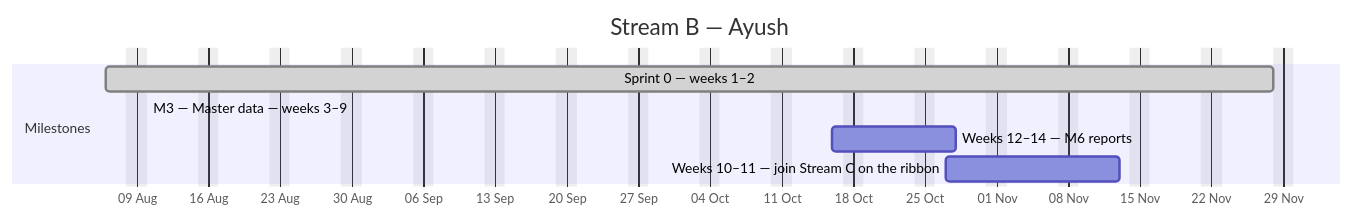
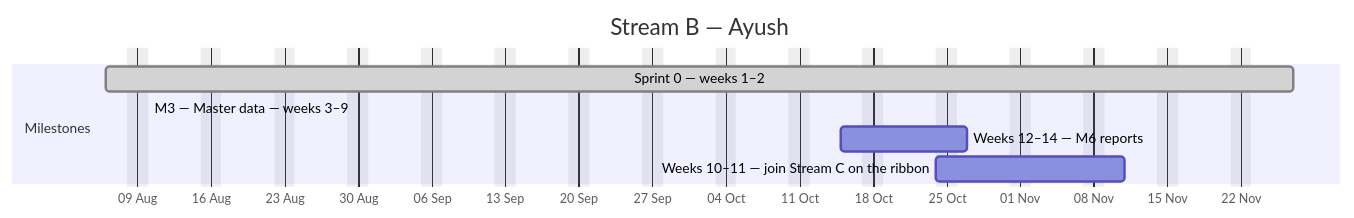
One commit to debashisedunext/EduTrack changed the second of 4 diagrams in docs/plan/GANTT.md. Above: the diagram before and after it, drawn with Mermaid. The commit also changed other lines of this file and 3 other files, not shown here.

````diff
--- a/docs/plan/GANTT.md
+++ b/docs/plan/GANTT.md
@@ -138,12 +138,12 @@
 ```mermaid
 gantt
     dateFormat YYYY-MM-DD
     axisFormat %d %b
     title Stream B — Ayush
     excludes weekends
     section Milestones
-    Sprint 0 — weeks 1–2 :done, b0, 2026-08-06, 82d
+    Sprint 0 — weeks 1–2 :done, b0, 2026-08-06, 81d
     M3 — Master data — weeks 3–9 :active, b1, 2026-08-10, -14d
-    Weeks 12–14 — M6 reports :b2, 2026-10-16, 8d
-    Weeks 10–11 — join Stream C on the ribbon :b3, 2026-10-27, 13d
+    Weeks 12–14 — M6 reports :b2, 2026-10-15, 8d
+    Weeks 10–11 — join Stream C on the ribbon :b3, 2026-10-24, 13d
 ```
````
